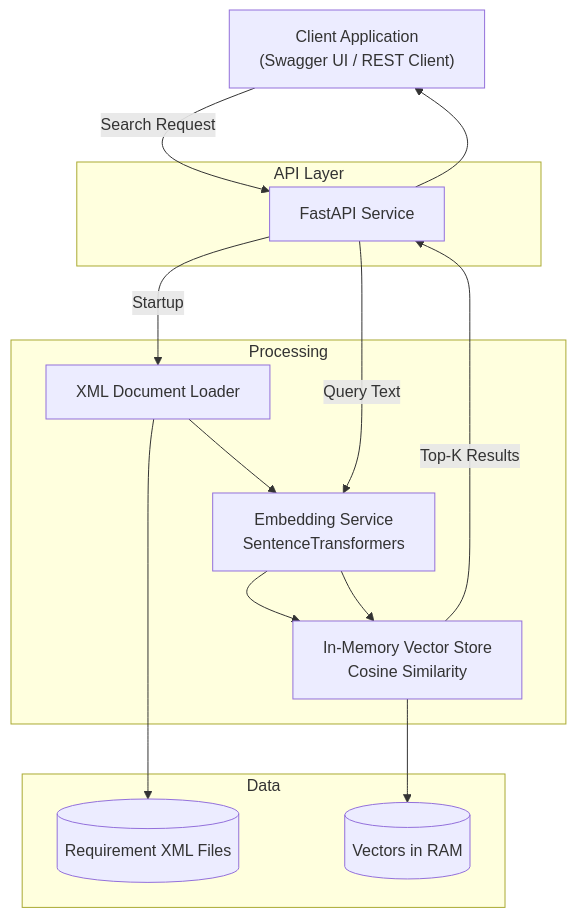
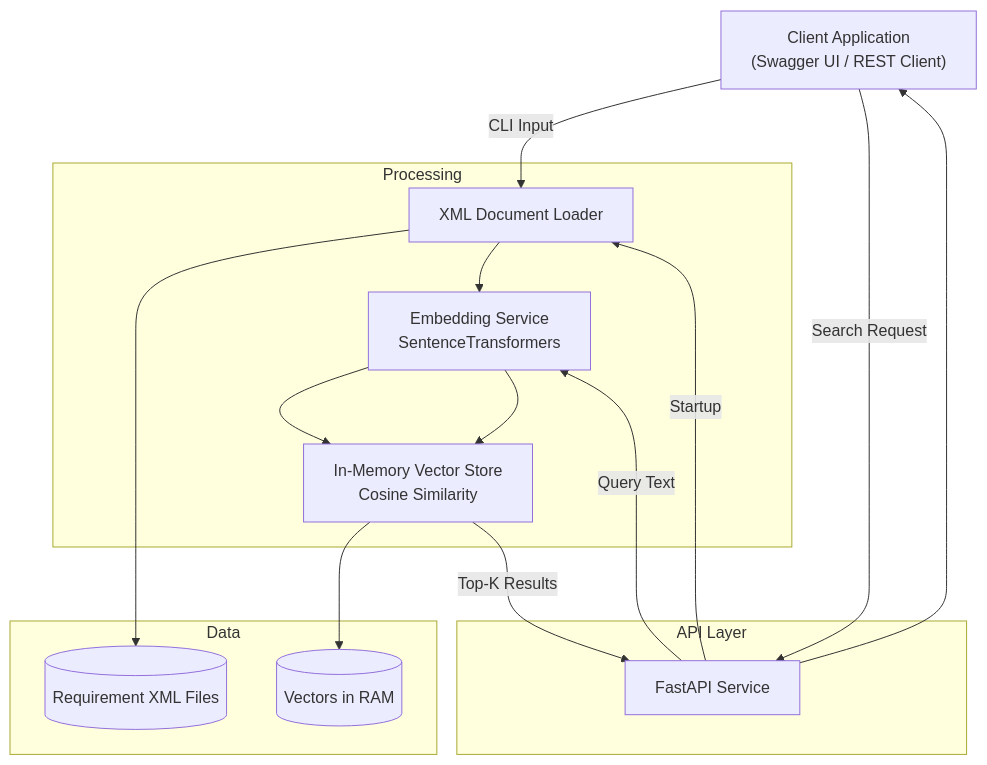
Before and after one commit to patricknanz2002-wq/ai-requirements-engine: the diagram in docs/architecture.md, drawn with Mermaid. The commit also changed other lines of this file and 2 other files, not shown here.

Commit message:
docs: update documentation for CLI demo and project structure

````diff
--- a/docs/architecture.md
+++ b/docs/architecture.md
@@ -17,33 +17,34 @@
 ```mermaid
 flowchart TB
 
 User["Client Application<br/>(Swagger UI / REST Client)"]
 
 subgraph API Layer
     API[FastAPI Service]
 end
 
 subgraph Processing
     Loader[XML Document Loader]
     Embedder[Embedding Service<br/>SentenceTransformers]
     VectorStore[In-Memory Vector Store<br/>Cosine Similarity]
 end
 
 subgraph Data
     XML[(Requirement XML Files)]
     Memory[(Vectors in RAM)]
 end
 
+User -->|CLI Input| Loader
 User -->|Search Request| API
 
 API -->|Startup| Loader
 Loader --> XML
 Loader --> Embedder
 Embedder --> VectorStore
 VectorStore --> Memory
 
 API -->|Query Text| Embedder
 Embedder --> VectorStore
 VectorStore -->|Top-K Results| API
 API --> User
 ```
````
